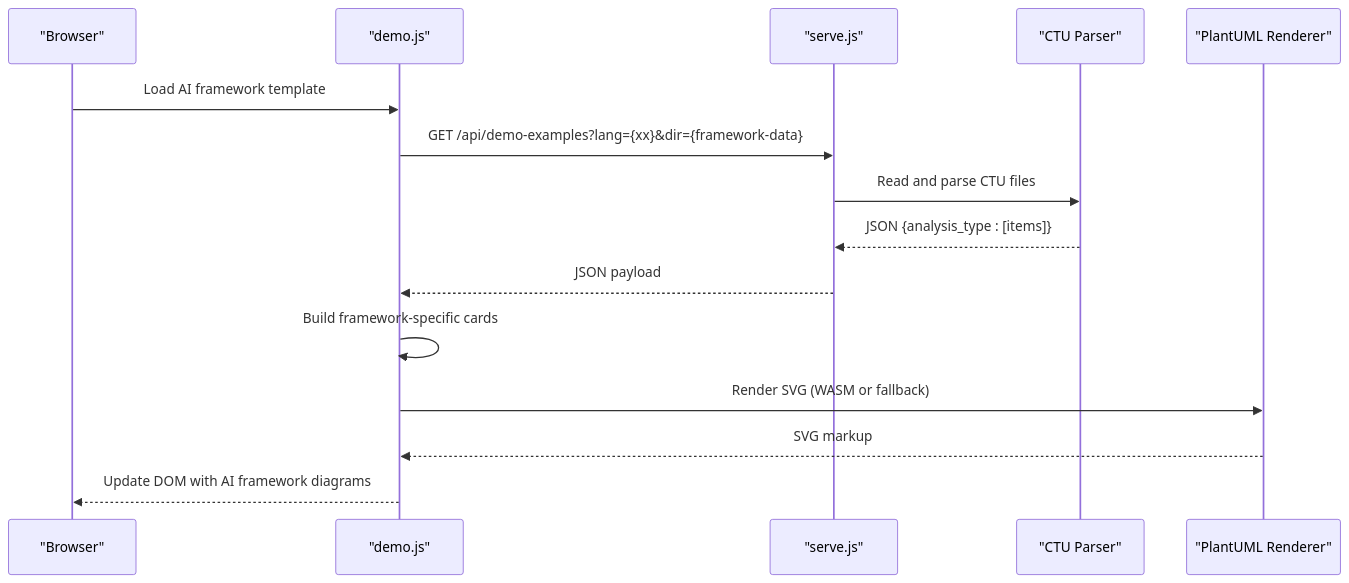
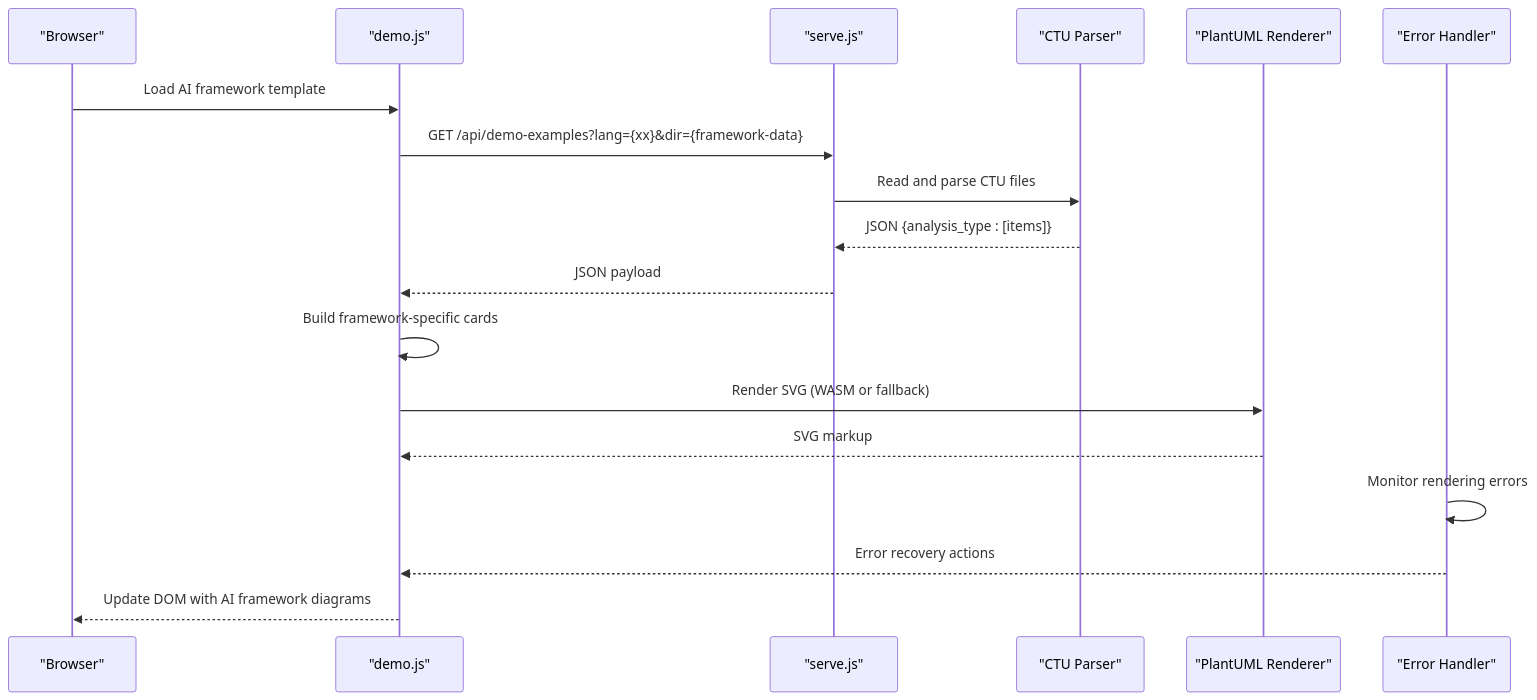
The second of 8 diagrams in .qoder/repowiki/en/content/Template System/Template System.md (pingwurth/code-to-uml), drawn with Mermaid before and after one commit. The commit also changed other lines of this file and 21 other files, not shown here.

Commit message:
chore(docs): 删除 Code-To-UML 介绍文档

````diff
--- a/.qoder/repowiki/en/content/Template System/Template System.md
+++ b/.qoder/repowiki/en/content/Template System/Template System.md
@@ -186,17 +194,20 @@
 ```mermaid
 sequenceDiagram
 participant Browser as "Browser"
 participant DemoJS as "demo.js"
 participant Server as "serve.js"
 participant Parser as "CTU Parser"
 participant Renderer as "PlantUML Renderer"
+participant ErrorHandler as "Error Handler"
 Browser->>DemoJS : Load AI framework template
 DemoJS->>Server : GET /api/demo-examples?lang={xx}&dir={framework-data}
 Server->>Parser : Read and parse CTU files
 Parser-->>Server : JSON {analysis_type : [items]}
 Server-->>DemoJS : JSON payload
 DemoJS->>DemoJS : Build framework-specific cards
 DemoJS->>Renderer : Render SVG (WASM or fallback)
 Renderer-->>DemoJS : SVG markup
+ErrorHandler->>ErrorHandler : Monitor rendering errors
+ErrorHandler-->>DemoJS : Error recovery actions
 DemoJS-->>Browser : Update DOM with AI framework diagrams
 ```
````
